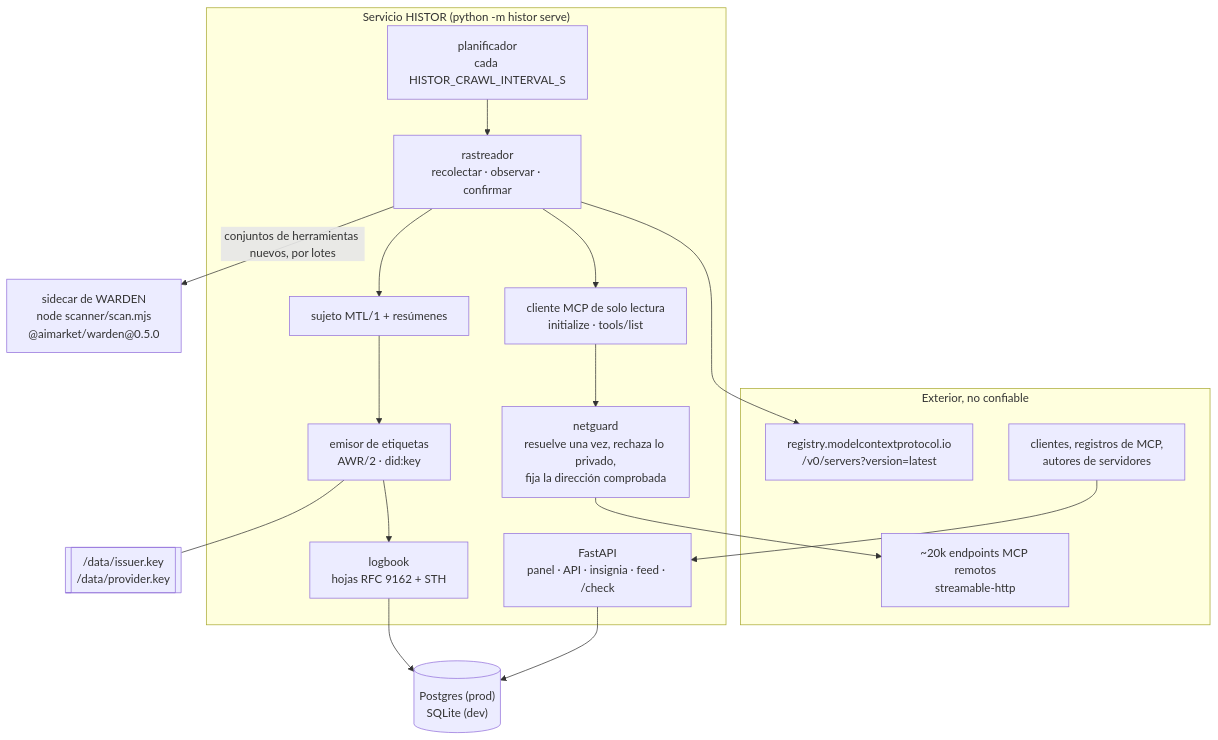
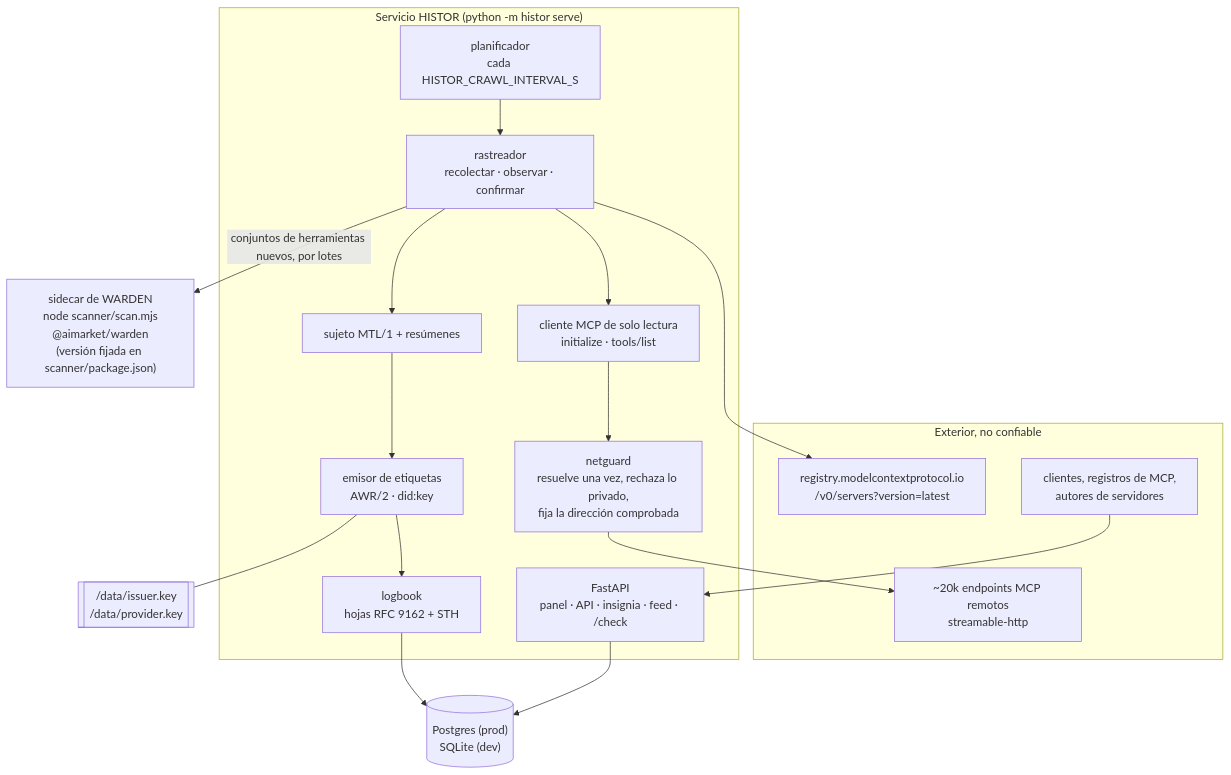
One commit to alexar76/histor changed the first of 4 diagrams in docs/architecture.es.md. Above: the diagram before and after it, drawn with Mermaid. The commit also changed 14 other files, not shown here.

````diff
--- a/docs/architecture.es.md
+++ b/docs/architecture.es.md
@@ -9,30 +9,30 @@
 ```mermaid
 flowchart TB
     subgraph Outside["Exterior, no confiable"]
         REG["registry.modelcontextprotocol.io<br/>/v0/servers?version=latest"]
         MCP["~20k endpoints MCP remotos<br/>streamable-http"]
         CLIENT["clientes, registros de MCP,<br/>autores de servidores"]
     end
     subgraph Service["Servicio HISTOR (python -m histor serve)"]
         SCHED["planificador<br/>cada HISTOR_CRAWL_INTERVAL_S"]
         CRAWL["rastreador<br/>recolectar · observar · confirmar"]
         GUARD["netguard<br/>resuelve una vez, rechaza lo privado,<br/>fija la dirección comprobada"]
         READER["cliente MCP de solo lectura<br/>initialize · tools/list"]
         SUBJ["sujeto MTL/1 + resúmenes"]
         LABELS["emisor de etiquetas<br/>AWR/2 · did:key"]
         LOG["logbook<br/>hojas RFC 9162 + STH"]
         API["FastAPI<br/>panel · API · insignia · feed · /check"]
     end
-    SIDE["sidecar de WARDEN<br/>node scanner/scan.mjs<br/>@aimarket/warden@0.5.0"]
+    SIDE["sidecar de WARDEN<br/>node scanner/scan.mjs<br/>@aimarket/warden<br/>(versión fijada en scanner/package.json)"]
     DB[("Postgres (prod)<br/>SQLite (dev)")]
     KEY[["/data/issuer.key<br/>/data/provider.key"]]
 
     SCHED --> CRAWL
     CRAWL --> REG
     CRAWL --> READER --> GUARD --> MCP
     CRAWL --> SUBJ --> LABELS --> LOG --> DB
     CRAWL -- "conjuntos de herramientas nuevos, por lotes" --> SIDE
     LABELS --- KEY
     API --> DB
     CLIENT --> API
 ```
````
